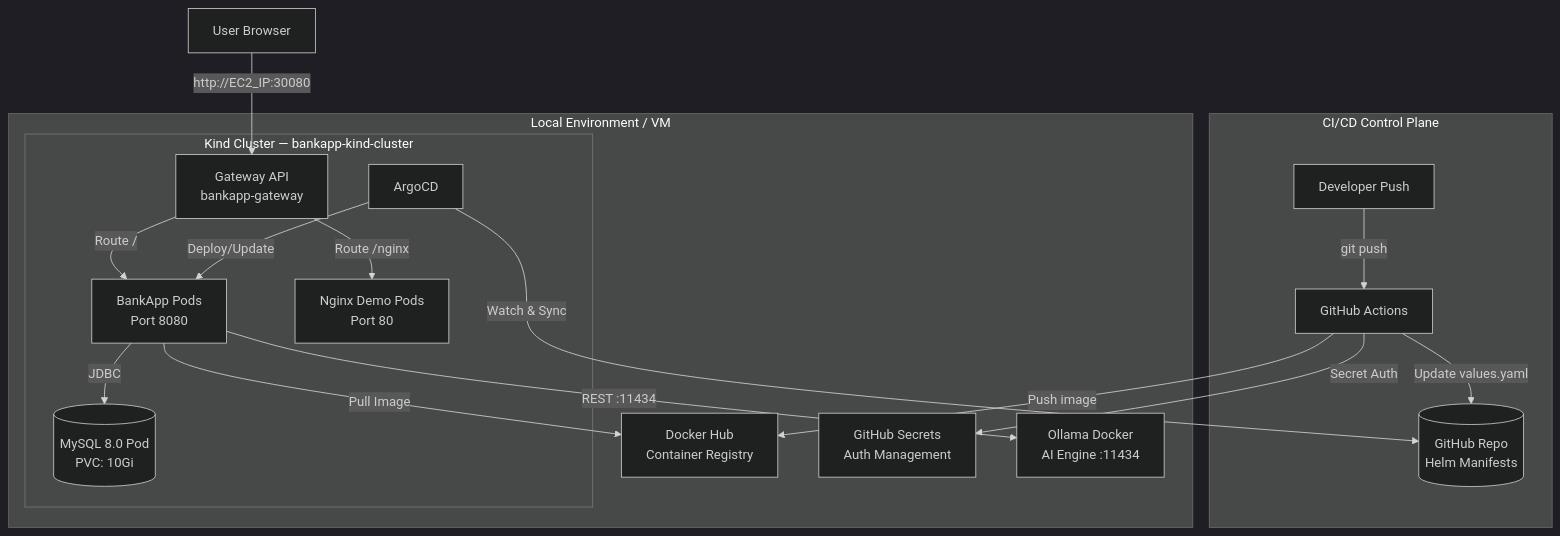
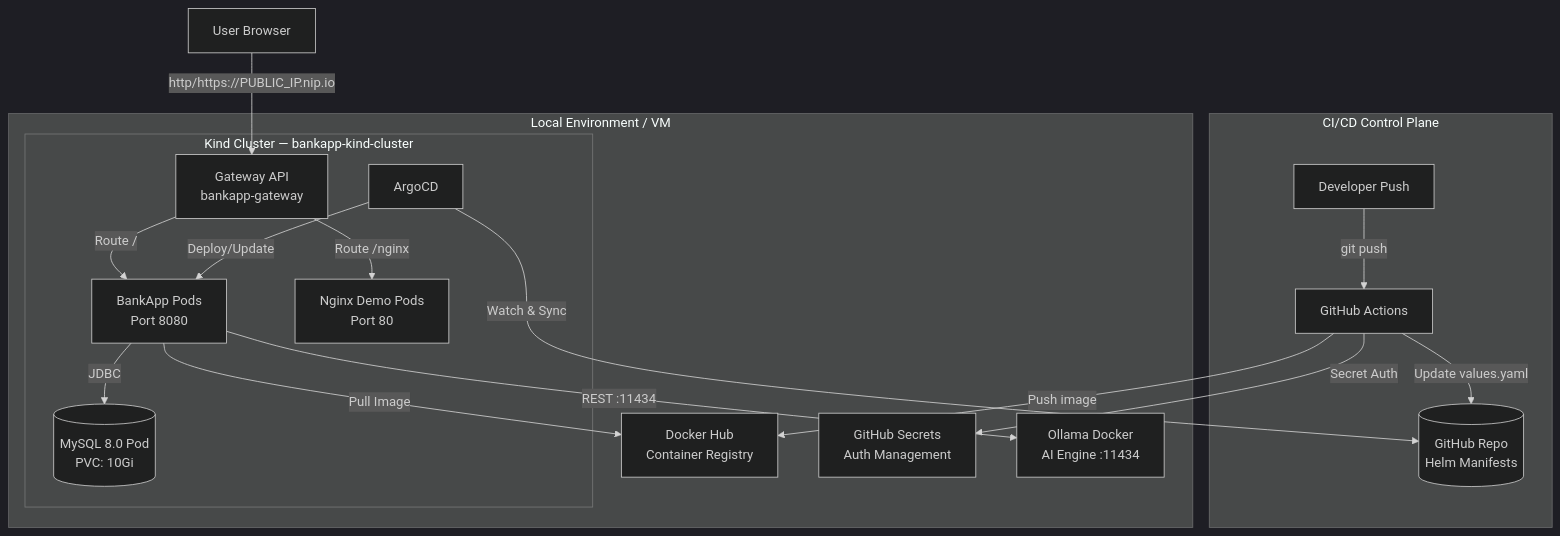
One commit to Amitabh-DevOps/DevSecOps-Bankapp changed the first of 2 diagrams in README.md. Above: the diagram before and after it, drawn with Mermaid (dark theme). The commit also changed other lines of this file, not shown here.

````diff
--- a/README.md
+++ b/README.md
@@ -23,38 +23,38 @@
 ```mermaid
 graph TD
     subgraph "CI/CD Control Plane"
         DEV[Developer Push]
         GH[GitHub Actions]
         REPO[(GitHub Repo\nHelm Manifests)]
     end
 
     subgraph "Local Environment / VM"
         DH[Docker Hub\nContainer Registry]
         SEC[GitHub Secrets\nAuth Management]
         OLLAMA[Ollama Docker\nAI Engine :11434]
 
         subgraph "Kind Cluster — bankapp-kind-cluster"
             ARGO[ArgoCD]
             GW[Gateway API\nbankapp-gateway]
             APP[BankApp Pods\nPort 8080]
             NGX[Nginx Demo Pods\nPort 80]
             DB[(MySQL 8.0 Pod\nPVC: 10Gi)]
         end
     end
 
     DEV -->|git push| GH
     GH -->|Secret Auth| SEC
     GH -->|Push image| DH
     GH -->|Update values.yaml| REPO
 
     ARGO -->|Watch & Sync| REPO
     ARGO -->|Deploy/Update| APP
 
-    USER[User Browser] -->|http://EC2_IP:30080| GW
+   USER[User Browser] -->|http/https://PUBLIC_IP.nip.io| GW
     GW -->|Route /| APP
     GW -->|Route /nginx| NGX
 
     APP -->|Pull Image| DH
     APP -->|JDBC| DB
     APP -->|REST :11434| OLLAMA
 ```
````
